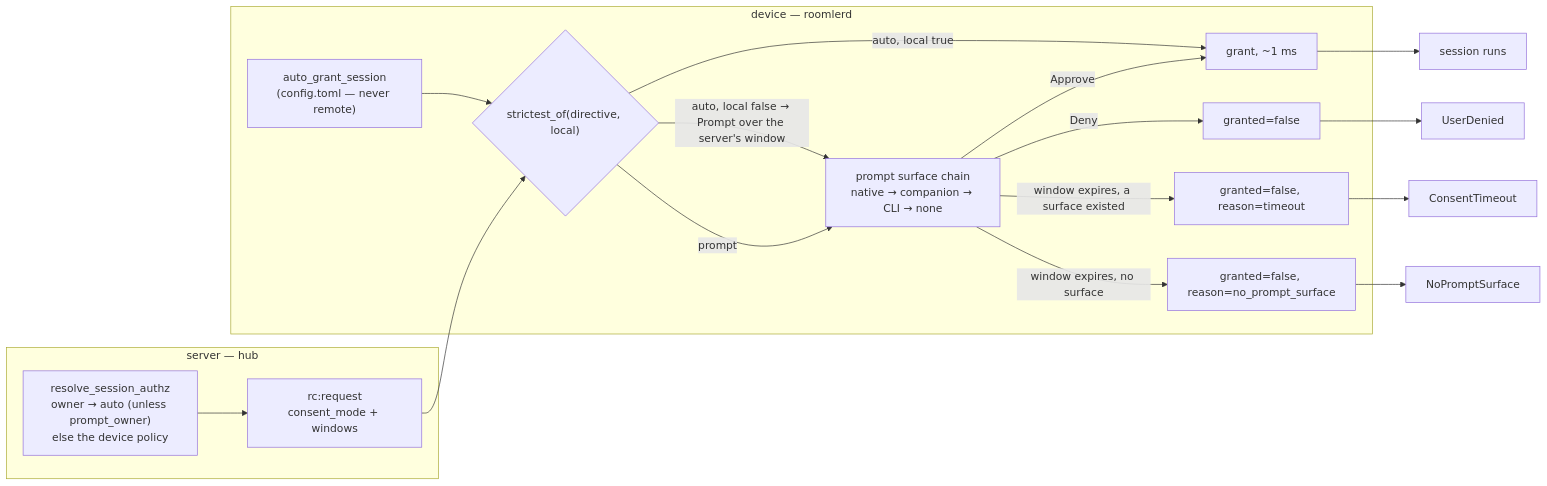
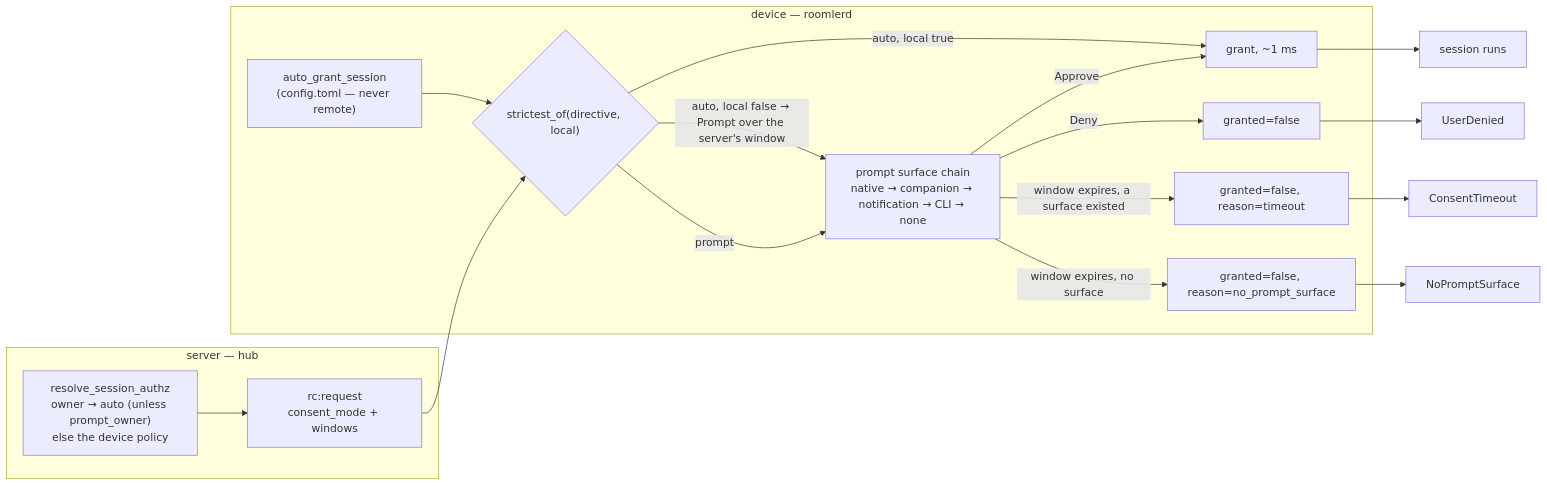
Before and after one commit to gjovanov/roomler-ai: the fifth of 16 diagrams in docs/remote-control.md, drawn with Mermaid. The commit also changed other lines of this file and 24 other files, not shown here.

First line of the commit message:
feat(fr-93): P6f — the desktop's notification as the last consent surface (#1972) (#2256)

````diff
--- a/docs/remote-control.md
+++ b/docs/remote-control.md
@@ -779,21 +779,21 @@
 ```mermaid
 flowchart LR
   subgraph server["server — hub"]
     A["resolve_session_authz<br/>owner → auto (unless prompt_owner)<br/>else the device policy"] --> D["rc:request<br/>consent_mode + windows"]
   end
   subgraph device["device — roomlerd"]
     L["auto_grant_session<br/>(config.toml — never remote)"] --> S
     D --> S{"strictest_of(directive, local)"}
     S -- "auto, local true" --> G["grant, ~1 ms"]
     S -- "auto, local false → Prompt over the server's window" --> P
-    S -- "prompt" --> P["prompt surface chain<br/>native → companion → CLI → none"]
+    S -- "prompt" --> P["prompt surface chain<br/>native → companion → notification → CLI → none"]
     P -- "Approve" --> G
     P -- "Deny" --> N["granted=false"]
     P -- "window expires, a surface existed" --> T["granted=false, reason=timeout"]
     P -- "window expires, no surface" --> X["granted=false, reason=no_prompt_surface"]
   end
   G --> H1["session runs"]
   N --> H2["UserDenied"]
   T --> H3["ConsentTimeout"]
   X --> H4["NoPromptSurface"]
 ```
````
